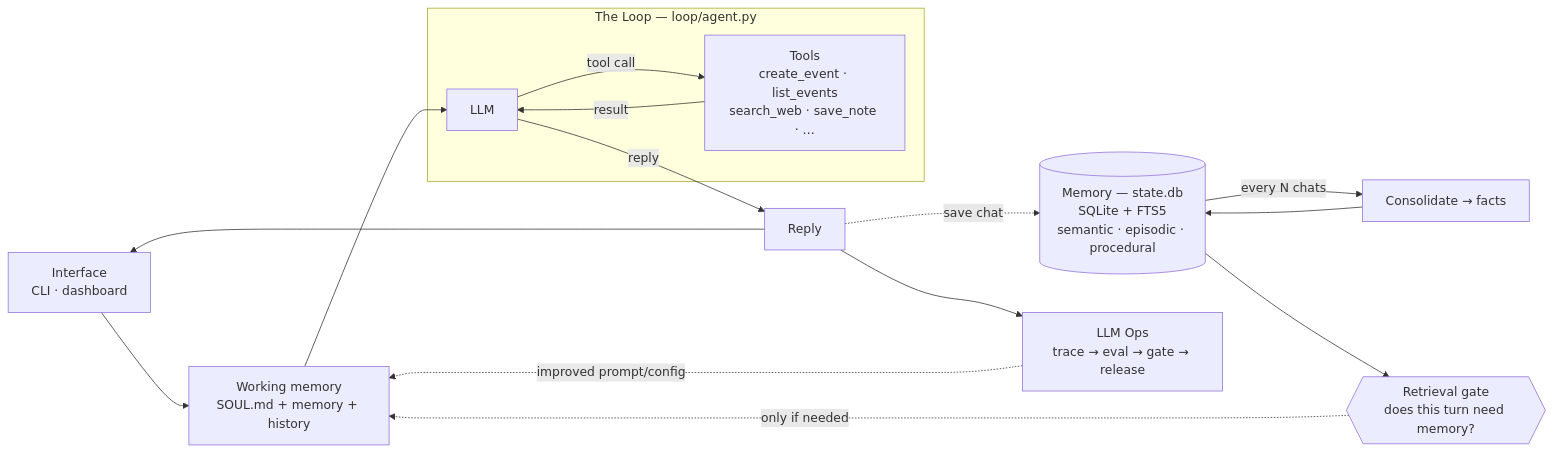
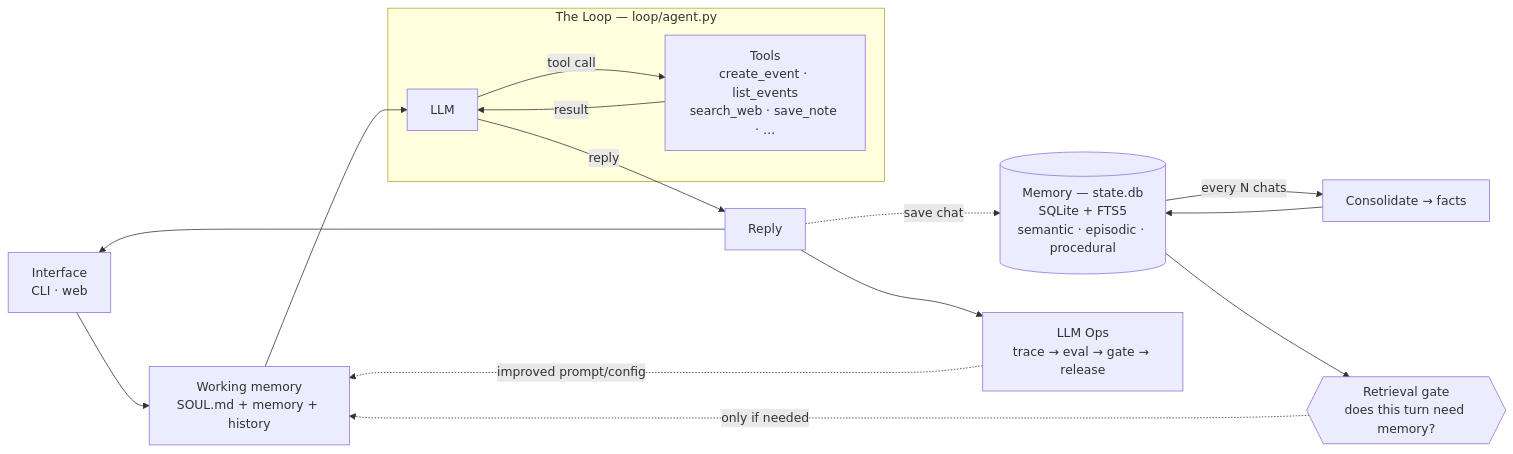
The first of 2 diagrams in README.md (Longlong418/KnowMe), drawn with Mermaid before and after one commit. The commit also changed other lines of this file and 46 other files, not shown here.

````diff
--- a/README.md
+++ b/README.md
@@ -138,16 +138,16 @@
 ```mermaid
 flowchart LR
-  GW["Interface<br/>CLI · dashboard"] --> WM["Working memory<br/>SOUL.md + memory + history"]
+  GW["Interface<br/>CLI · web"] --> WM["Working memory<br/>SOUL.md + memory + history"]
   WM --> LLM
   subgraph LOOP["The Loop — loop/agent.py"]
     LLM["LLM"] -->|tool call| TOOLS["Tools<br/>create_event · list_events<br/>search_web · save_note · …"]
     TOOLS -->|result| LLM
   end
   LLM -->|reply| REPLY["Reply"] --> GW
   GATE{{"Retrieval gate<br/>does this turn need memory?"}} -. only if needed .-> WM
   MEM[("Memory — state.db<br/>SQLite + FTS5<br/>semantic · episodic · procedural")] --> GATE
   REPLY -. save chat .-> MEM
   MEM -->|every N chats| CONS["Consolidate → facts"] --> MEM
   REPLY --> OPS["LLM Ops<br/>trace → eval → gate → release"]
   OPS -. improved prompt/config .-> WM
 ```
````
